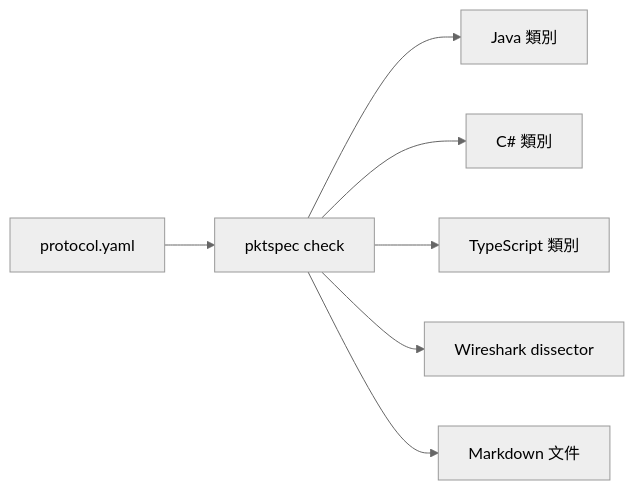
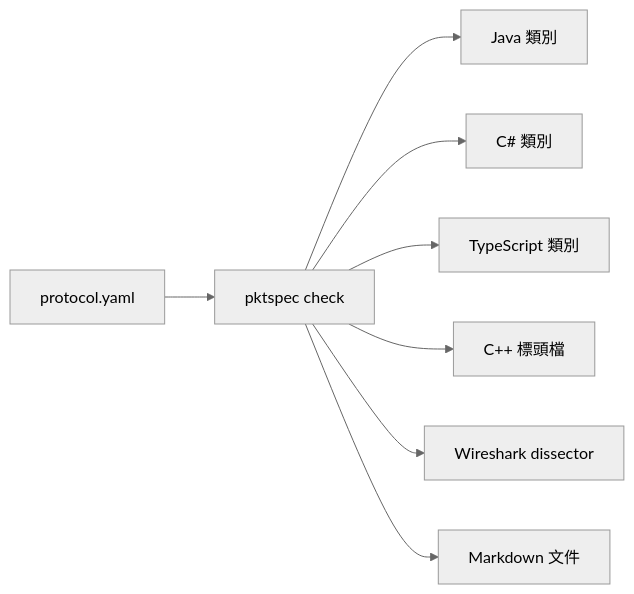
Before and after one commit to vtxe02023274/pktspec: the diagram in README.md, drawn with Mermaid (neutral theme). The commit also changed other lines of this file and 39 other files, not shown here.

````diff
--- a/README.md
+++ b/README.md
@@ -9,9 +9,10 @@
 ```mermaid
 flowchart LR
   yaml[protocol.yaml] --> check[pktspec check]
   check --> java[Java 類別]
   check --> csharp[C# 類別]
   check --> ts[TypeScript 類別]
+  check --> cpp[C++ 標頭檔]
   check --> lua[Wireshark dissector]
   check --> docs[Markdown 文件]
 ```
````
